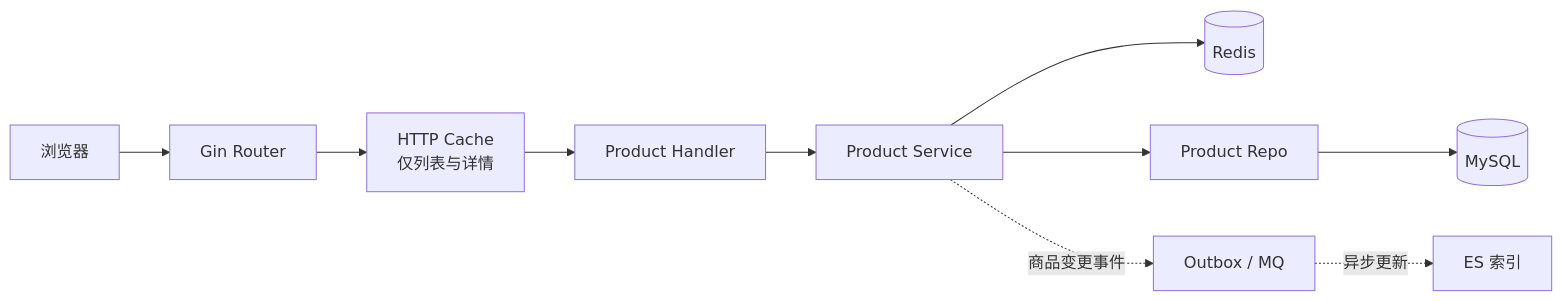
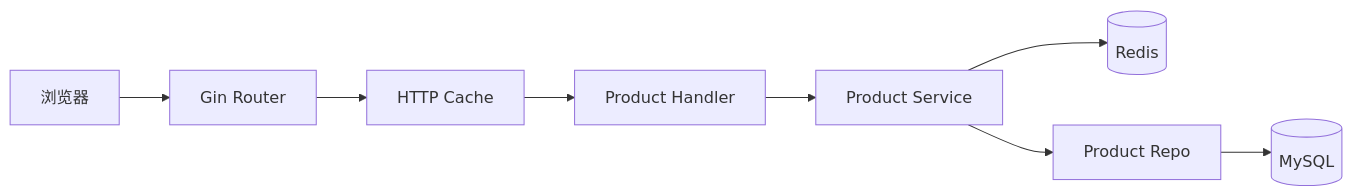
Before and after one commit to RedInn7/gomall: the first of 3 diagrams in docs/lecture/02-product-display.md, drawn with Mermaid. The commit also changed other lines of this file, not shown here.

````diff
--- a/docs/lecture/02-product-display.md
+++ b/docs/lecture/02-product-display.md
@@ -96,12 +78,10 @@
 ```mermaid
 flowchart LR
     B[浏览器] --> R[Gin Router]
-    R --> H[HTTP Cache<br/>仅列表与详情]
+    R --> H[HTTP Cache]
     H --> P[Product Handler]
     P --> S[Product Service]
     S --> C[(Redis)]
     S --> D[Product Repo]
     D --> M[(MySQL)]
-    S -.商品变更事件.-> O[Outbox / MQ]
-    O -.异步更新.-> E[ES 索引]
 ```
````
